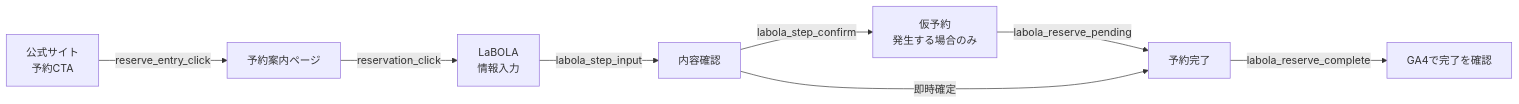
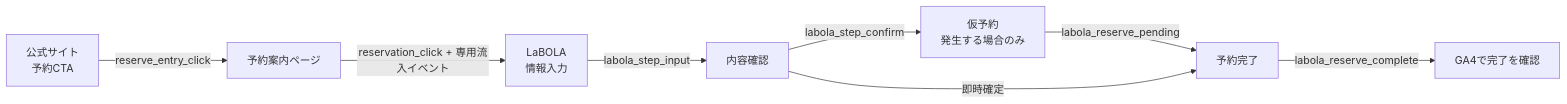
One commit to Akihiro1028Bad/bigban-site changed the diagram in docs/operations/growth/61-ga4-labola-tags.md. Above: the diagram before and after it, drawn with Mermaid. The commit also changed other lines of this file and 11 other files, not shown here.

````diff
--- a/docs/operations/growth/61-ga4-labola-tags.md
+++ b/docs/operations/growth/61-ga4-labola-tags.md
@@ -9,10 +9,10 @@
 ```mermaid
 flowchart LR
   A["公式サイト<br/>予約CTA"] -->|reserve_entry_click| B["予約案内ページ"]
-  B -->|reservation_click| C["LaBOLA<br/>情報入力"]
+  B -->|reservation_click + 専用流入イベント| C["LaBOLA<br/>情報入力"]
   C -->|labola_step_input| D["内容確認"]
   D -->|labola_step_confirm| E["仮予約<br/>発生する場合のみ"]
   E -->|labola_reserve_pending| F["予約完了"]
   D -->|即時確定| F
   F -->|labola_reserve_complete| G["GA4で完了を確認"]
 ```
````
